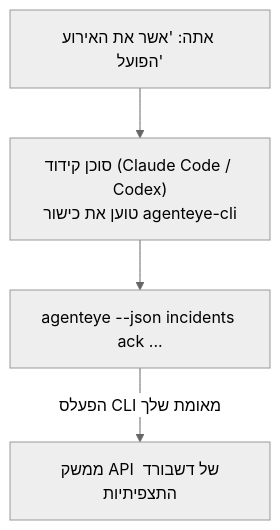
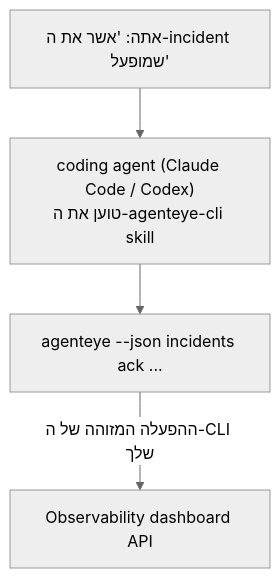
Before and after one commit to FailproofAI/failproofai: the diagram in docs/he/agenteye/cli-skill.mdx, drawn with Mermaid (neutral theme). The commit also changed other lines of this file and 651 other files, not shown here.

````diff
--- a/docs/he/agenteye/cli-skill.mdx
+++ b/docs/he/agenteye/cli-skill.mdx
@@ -28,6 +29,6 @@
 ```mermaid
 flowchart TD
-    YOU["אתה: 'אשר את האירוע הפועל'"] --> AGENT["סוכן קידוד (Claude Code / Codex)<br/>טוען את כישור agenteye-cli"]
+    YOU["אתה: 'אשר את ה-incident שמופעל'"] --> AGENT["coding agent (Claude Code / Codex)<br/>טוען את ה-agenteye-cli skill"]
     AGENT --> CLI["agenteye --json incidents ack ..."]
-    CLI -->|הפעלס CLI מאומת שלך| API["ממשק API של דשבורד התצפיתיות"]
+    CLI -->|ההפעלה המזוהה של ה-CLI שלך| API["Observability dashboard API"]
 ```
````
